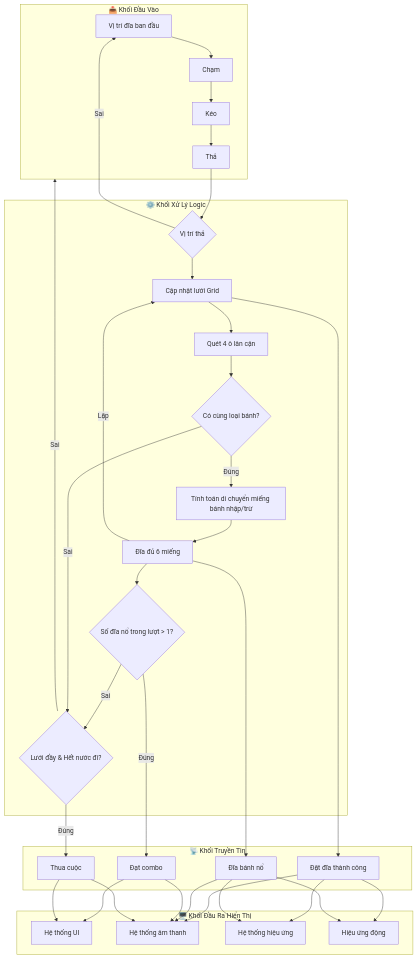
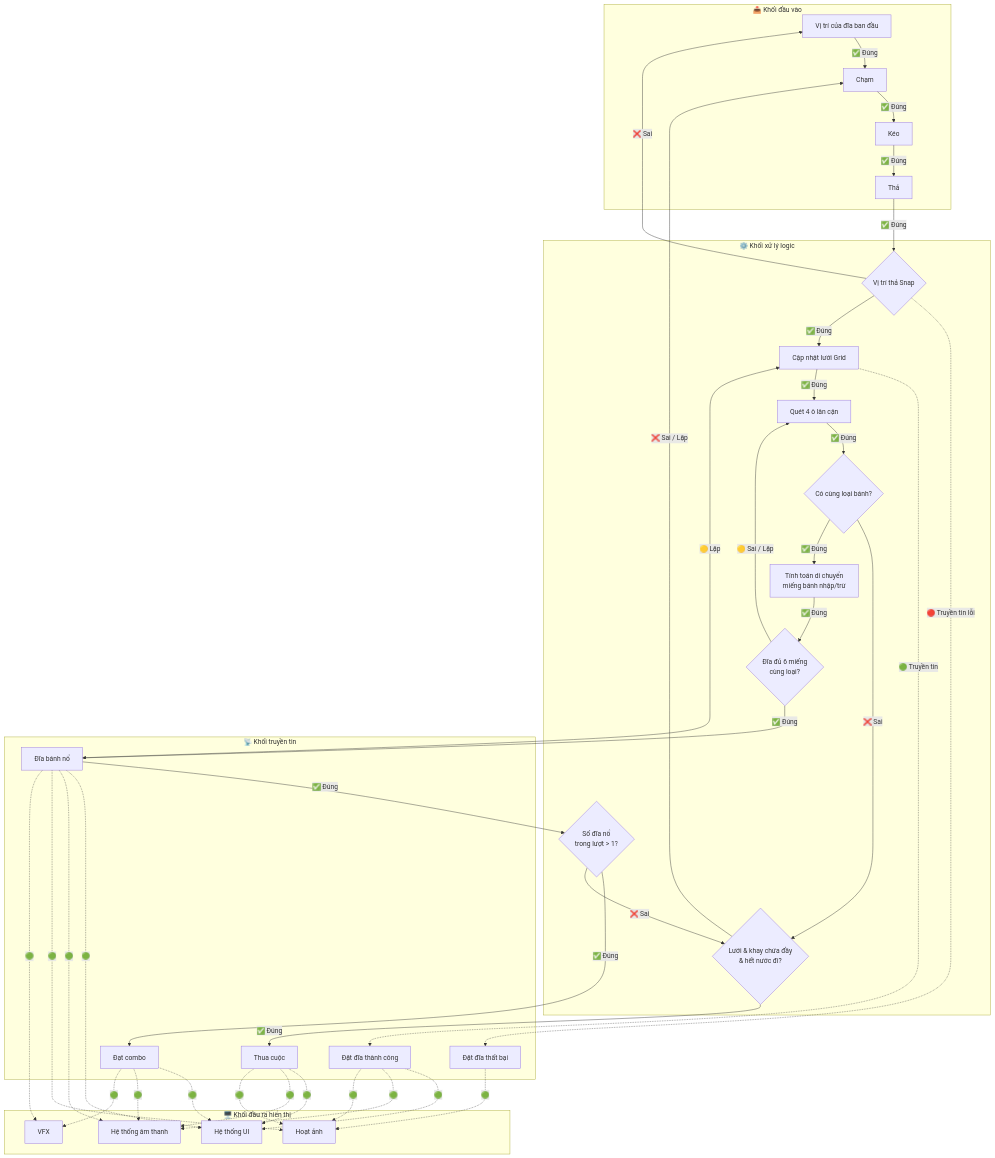
One commit to bl205vn/Ngu-n-ch-nh-s-a-bran-agent-cho-d-n-game changed the diagram in .specs/project/ARCHITECTURE.md. Above: the diagram before and after it, drawn with Mermaid. The commit also changed other lines of this file and 2 other files, not shown here.

Commit message:
Sinh đĩa

````diff
--- a/.specs/project/ARCHITECTURE.md
+++ b/.specs/project/ARCHITECTURE.md
@@ -15,93 +17,135 @@
 ```mermaid
 flowchart TD
-    %% =====================
-    %% KHỐI ĐẦU VÀO
-    %% =====================
-    subgraph INPUT["📥 Khối Đầu Vào"]
-        A[Vị trí đĩa ban đầu]
-        B[Chạm]
-        C[Kéo]
-        D[Thả]
-    end
 
-    %% =====================
-    %% KHỐI XỬ LÝ LOGIC
-    %% =====================
-    subgraph LOGIC["⚙️ Khối Xử Lý Logic"]
-        E{Vị trí thả}
-        F[Cập nhật lưới Grid]
-        G[Quét 4 ô lân cận]
-        H{Có cùng loại bánh?}
-        I[Tính toán di chuyển miếng bánh nhập/trừ]
-        J[Đĩa đủ 6 miếng]
-        K{Số đĩa nổ trong lượt > 1?}
-        L{Lưới đầy & Hết nước đi?}
-    end
+%% =====================
+%% KHỐI ĐẦU VÀO
+%% =====================
+subgraph INPUT["📥 Khối đầu vào"]
+    A["Vị trí của đĩa ban đầu"]
+    B["Chạm"]
+    C["Kéo"]
+    D["Thả"]
+end
 
-    %% =====================
-    %% KHỐI TRUYỀN TIN
-    %% =====================
-    subgraph EVENT["📡 Khối Truyền Tin"]
-        M[Đặt đĩa thành công]
-        N[Đĩa bánh nổ]
-        O[Đạt combo]
-        P[Thua cuộc]
-    end
+%% =====================
+%% KHỐI XỬ LÝ LOGIC
+%% =====================
+subgraph LOGIC["⚙️ Khối xử lý logic"]
+    E{"Vị trí thả Snap"}
+    F["Cập nhật lưới Grid"]
+    G["Quét 4 ô lân cận"]
+    H{"Có cùng loại bánh?"}
+    I["Tính toán di chuyển\nmiếng bánh nhập/trừ"]
+    J{"Đĩa đủ 6 miếng\ncùng loại?"}
+    K{"Số đĩa nổ\ntrong lượt > 1?"}
+    L{"Lưới & khay chứa đầy\n& hết nước đi?"}
+end
 
-    %% =====================
-    %% KHỐI ĐẦU RA HIỂN THỊ
-    %% =====================
-    subgraph OUTPUT["🖥️ Khối Đầu Ra Hiển Thị"]
-        Q[Hệ thống UI]
-        R[Hệ thống âm thanh]
-        S[Hệ thống hiệu ứng]
-        T[Hiệu ứng động]
-    end
+%% =====================
+%% KHỐI TRUYỀN TIN
+%% =====================
+subgraph EVENT["📡 Khối truyền tin"]
+    M["Đặt đĩa thất bại"]
+    N["Đặt đĩa thành công"]
+    O["Đĩa bánh nổ"]
+    P["Đạt combo"]
+    Q["Thua cuộc"]
+end
 
-    %% =====================
-    %% ĐƯỜNG NỐI
-    %% =====================
+%% =====================
+%% KHỐI ĐẦU RA HIỂN THỊ
+%% =====================
+subgraph OUTPUT["🖥️ Khối đầu ra hiển thị"]
+    R["Hệ thống UI"]
+    S["Hệ thống âm thanh"]
+    T["Hoạt ảnh"]
+    U["VFX"]
+end
 
-    %% Luồng đầu vào
-    A --> B --> C --> D
+%% =====================
+%% LUỒNG KHỐI ĐẦU VÀO
+%% =====================
+A -->|"✅ Đúng"| B
+B -->|"✅ Đúng"| C
+C -->|"✅ Đúng"| D
 
-    %% Luồng chính
-    D --> E
-    E --> F
-    F --> G
-    G --> H
-    H -->|Đúng| I
-    I --> J
-    J -->|Lặp| F
-    J --> K
-    K -->|Đúng| O
-    K -->|Sai| L
+%% =====================
+%% LUỒNG TỪ THẢ → LOGIC
+%% =====================
+D -->|"✅ Đúng"| E
 
-    %% Nhánh sai
-    E -->|Sai| A
-    H -->|Sai| L
-    L -->|Đúng| P
-    L -->|Sai| INPUT
+%% Nhánh SAI từ Snap → quay về Vị trí ban đầu
+E -->|"❌ Sai"| A
 
-    %% Kết nối đĩa nổ
-    J --> N
+%% Truyền tin lỗi từ Snap → Đặt đĩa thất bại
+E -. "🔴 Truyền tin lỗi" .-> M
 
-    %% Truyền tin → Đặt đĩa thành công
-    F --> M
-    M --> R
-    M --> S
-    M --> T
+%% Nhánh ĐÚNG từ Snap → Cập nhật Grid
+E -->|"✅ Đúng"| F
 
-    %% Truyền tin → Đĩa bánh nổ
-    N --> R
-    N --> S
-    N --> T
+%% Truyền tin đúng từ Grid → Đặt đĩa thành công
+F -. "🟢 Truyền tin" .-> N
 
-    %% Truyền tin → Đạt combo
-    O --> Q
-    O --> R
+%% Luồng đúng tiếp tục
+F -->|"✅ Đúng"| G
+G -->|"✅ Đúng"| H
 
-    %% Truyền tin → Thua cuộc
-    P --> Q
-    P --> R
+%% Nhánh SAI: không cùng loại bánh → kiểm tra thua
+H -->|"❌ Sai"| L
+
+%% Nhánh ĐÚNG: có cùng loại → tính toán
+H -->|"✅ Đúng"| I
+I -->|"✅ Đúng"| J
+
+%% Nhánh SAI: chưa đủ 6 miếng → lặp lại Quét ô lân cận
+J -->|"🟡 Sai / Lặp"| G
+
+%% Nhánh ĐÚNG: Đủ 6 miếng → Đĩa nổ
+J -->|"✅ Đúng"| O
+
+%% Nhánh LẶP: Đĩa nổ → reset lại Grid (chain combo)
+O -->|"🟡 Lặp"| F
+
+%% Luồng kiểm tra combo sau khi nổ
+O -->|"✅ Đúng"| K
+
+%% Nhánh ĐÚNG combo → Đạt combo
+K -->|"✅ Đúng"| P
+
+%% Nhánh SAI combo → kiểm tra thua
+K -->|"❌ Sai"| L
+
+%% Nhánh ĐÚNG thua → Thua cuộc
+L -->|"✅ Đúng"| Q
+
+%% Nhánh SAI thua → lặp lại từ Chạm
+L -->|"❌ Sai / Lặp"| B
+
+%% =====================
+%% LUỒNG TRUYỀN TIN → ĐẦU RA
+%% =====================
+
+%% Đặt đĩa thất bại → Hoạt ảnh (chỉ báo lỗi đặt)
+M -. "🟢" .-> T
+
+%% Đặt đĩa thành công → UI (sinh đĩa mới), Âm thanh, Hoạt ảnh
+N -. "🟢" .-> R
+N -. "🟢" .-> S
+N -. "🟢" .-> T
+
+%% Đĩa bánh nổ → UI, Âm thanh, Hoạt ảnh, VFX
+O -. "🟢" .-> R
+O -. "🟢" .-> S
+O -. "🟢" .-> T
+O -. "🟢" .-> U
+
+%% Đạt combo → UI, Âm thanh, VFX
+P -. "🟢" .-> R
+P -. "🟢" .-> S
+P -. "🟢" .-> U
+
+%% Thua cuộc → UI, Âm thanh, Hoạt ảnh
+Q -. "🟢" .-> R
+Q -. "🟢" .-> S
+Q -. "🟢" .-> T
 ```
````
